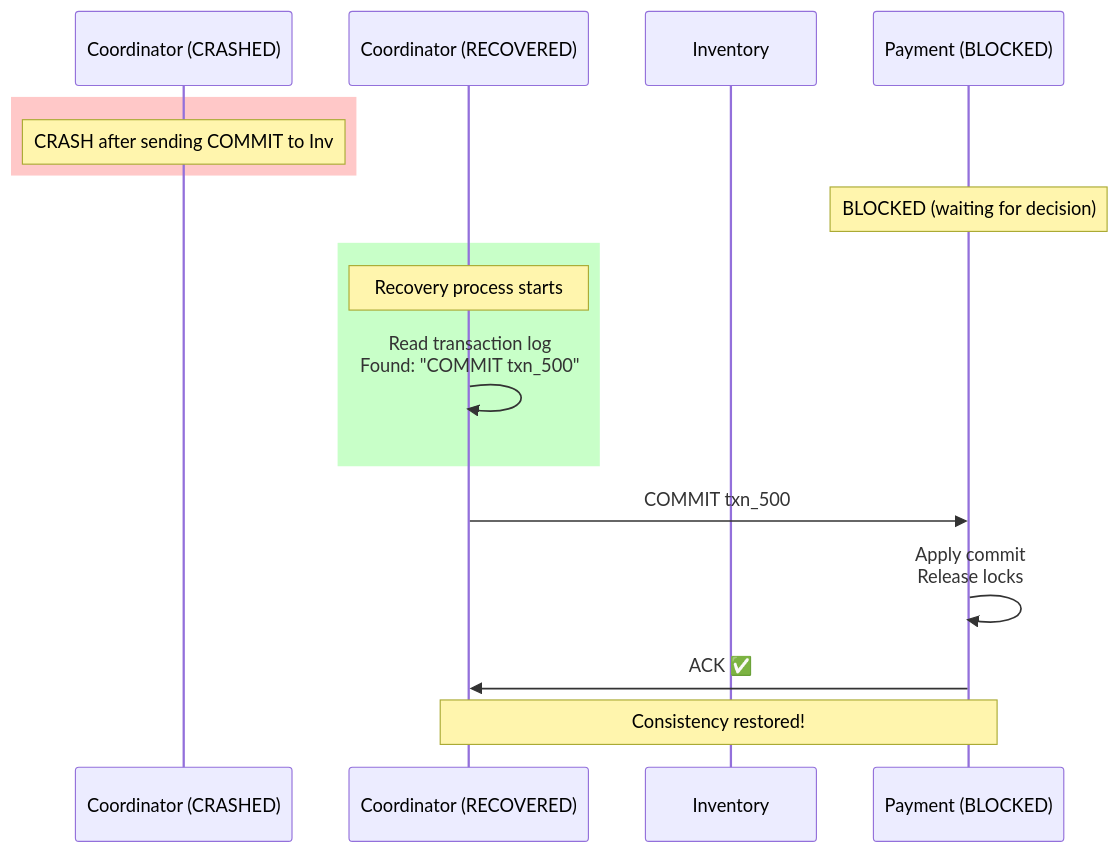
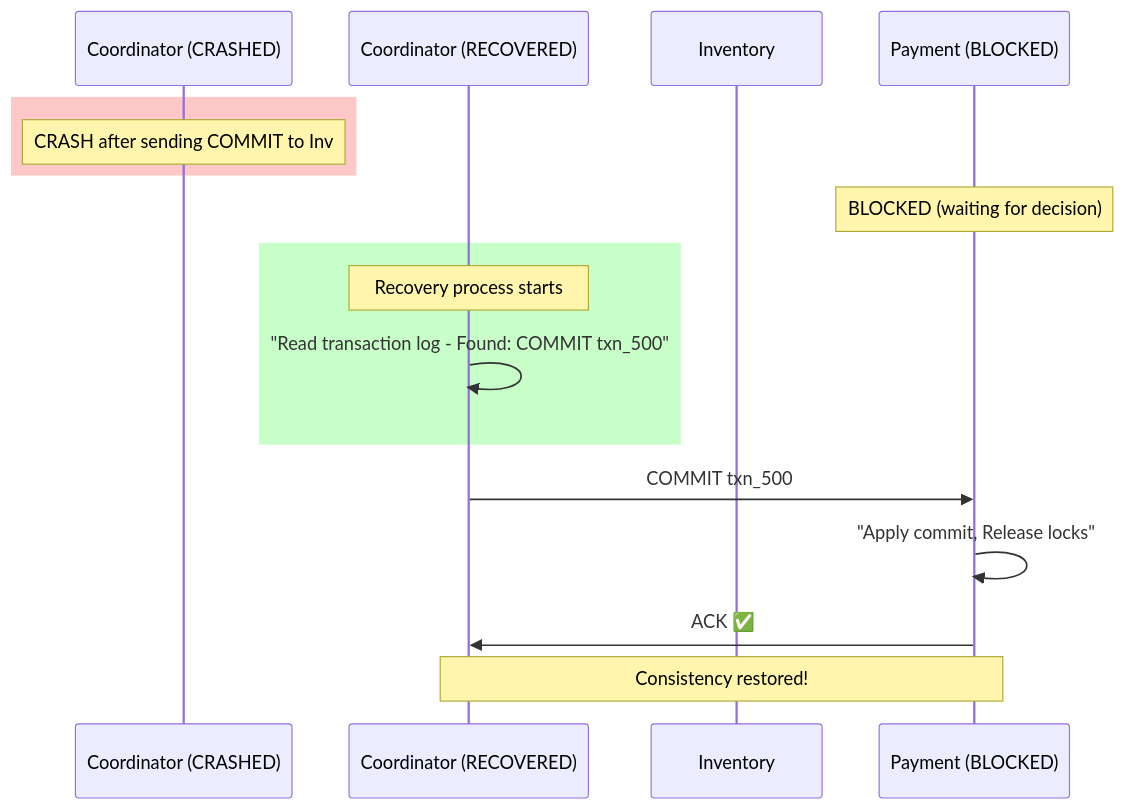
Before and after one commit to Anmol33/SystemDesign: the ninth of 10 diagrams in Coordination/05_Two_Phase_Commit.md, drawn with Mermaid. The commit also changed other lines of this file and 6 other files, not shown here.

First line of the commit message:
docs: fix Mermaid diagram syntax in coordination documents

````diff
--- a/Coordination/05_Two_Phase_Commit.md
+++ b/Coordination/05_Two_Phase_Commit.md
@@ -487,25 +487,25 @@
 ```mermaid
 sequenceDiagram
     participant OldCoord as Coordinator (CRASHED)
     participant NewCoord as Coordinator (RECOVERED)
     participant Inv as Inventory
     participant Pay as Payment (BLOCKED)
     
     rect rgb(255, 200, 200)
         Note over OldCoord: CRASH after sending COMMIT to Inv
     end
     
     Note over Pay: BLOCKED (waiting for decision)
     
     rect rgb(200, 255, 200)
         Note over NewCoord: Recovery process starts
-        NewCoord->>NewCoord: Read transaction log<br/>Found: "COMMIT txn_500"
+        NewCoord->>NewCoord: "Read transaction log - Found: COMMIT txn_500"
     end
     
     NewCoord->>Pay: COMMIT txn_500
     
-    Pay->>Pay: Apply commit<br/>Release locks
+    Pay->>Pay: "Apply commit, Release locks"
     Pay->>NewCoord: ACK ✅
     
     Note over NewCoord,Pay: Consistency restored!
 ```
````
